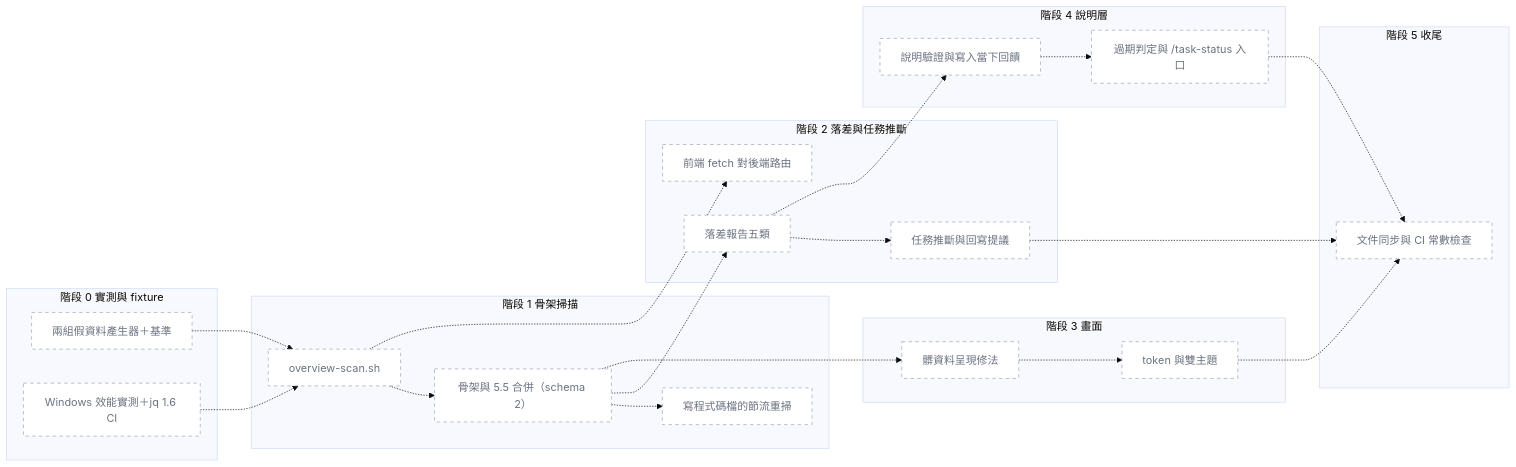
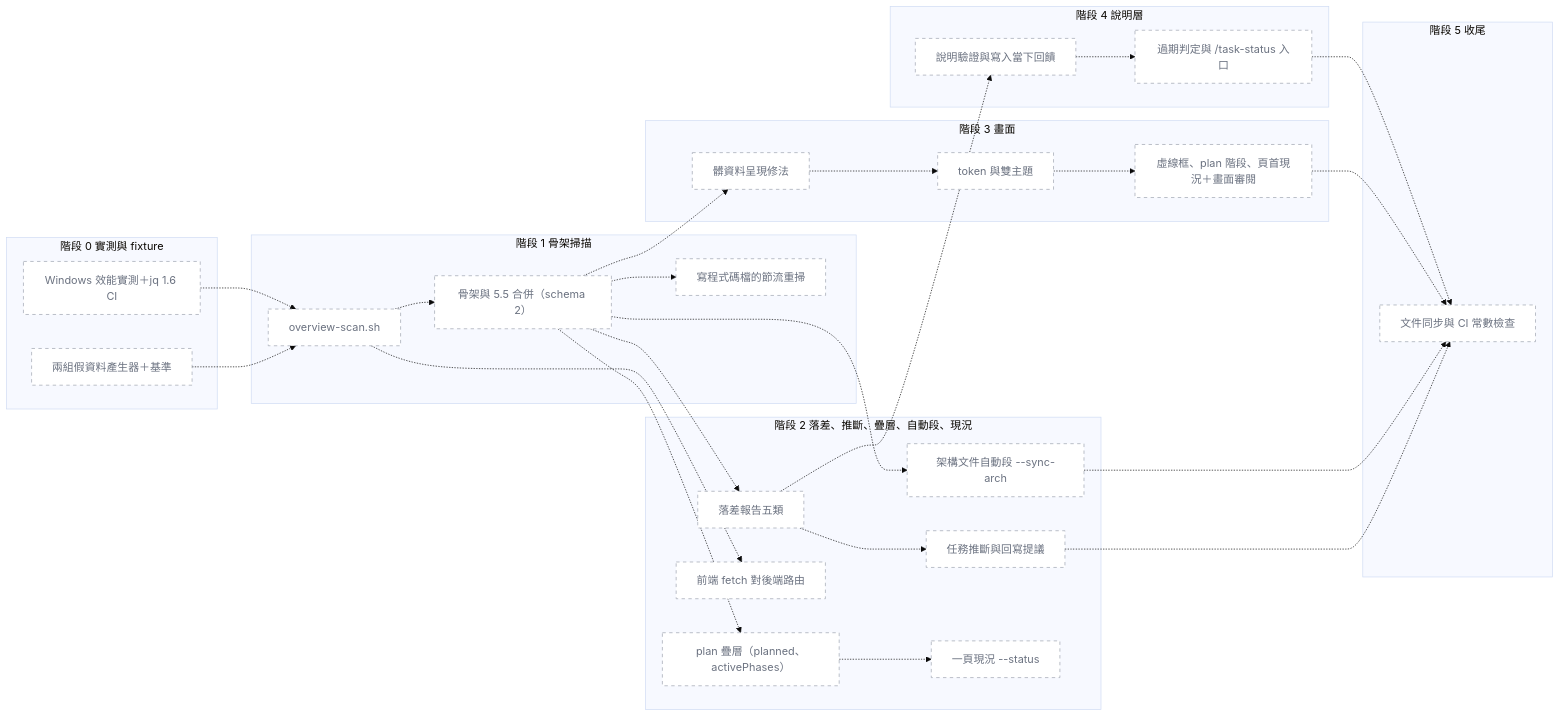
One commit to bheadwei/claude-GUNDAM-zh-tw changed the diagram in .claude/taskmaster-data/plans/adhoc-2026-11-05-overview-from-code.md. Above: the diagram before and after it, drawn with Mermaid (base theme). The commit also changed other lines of this file and 4 other files, not shown here.

First line of the commit message:
docs: 文件體系與專案地圖的實作計畫

````diff
--- a/.claude/taskmaster-data/plans/adhoc-2026-11-05-overview-from-code.md
+++ b/.claude/taskmaster-data/plans/adhoc-2026-11-05-overview-from-code.md
@@ -49,44 +58,53 @@
 ```mermaid
 flowchart LR
   classDef planned fill:#ffffff,stroke:#9ca3af,stroke-dasharray:5 5,color:#6b7280
   subgraph s0["階段 0 實測與 fixture"]
     p1["兩組假資料產生器＋基準"]
     p2["Windows 效能實測＋jq 1.6 CI"]
   end
   subgraph s1["階段 1 骨架掃描"]
     p3["overview-scan.sh"]
     p4["骨架與 5.5 合併（schema 2）"]
     p5["寫程式碼檔的節流重掃"]
   end
-  subgraph s2["階段 2 落差與任務推斷"]
+  subgraph s2["階段 2 落差、推斷、疊層、自動段、現況"]
     p6["落差報告五類"]
     p7["任務推斷與回寫提議"]
     p8["前端 fetch 對後端路由"]
+    p14["plan 疊層（planned、activePhases）"]
+    p15["架構文件自動段 --sync-arch"]
+    p16["一頁現況 --status"]
   end
   subgraph s3["階段 3 畫面"]
     p9["髒資料呈現修法"]
     p10["token 與雙主題"]
+    p17["虛線框、plan 階段、頁首現況＋畫面審閱"]
   end
   subgraph s4["階段 4 說明層"]
     p11["說明驗證與寫入當下回饋"]
     p12["過期判定與 /task-status 入口"]
   end
   subgraph s5["階段 5 收尾"]
     p13["文件同步與 CI 常數檢查"]
   end
   p1 -.-> p3
   p2 -.-> p3
   p3 -.-> p4
   p4 -.-> p5
   p4 -.-> p6
   p6 -.-> p7
   p3 -.-> p8
+  p4 -.-> p14
+  p4 -.-> p15
+  p14 -.-> p16
   p4 -.-> p9
   p9 -.-> p10
+  p10 -.-> p17
   p6 -.-> p11
   p11 -.-> p12
   p7 -.-> p13
-  p10 -.-> p13
+  p15 -.-> p13
+  p17 -.-> p13
   p12 -.-> p13
-  class p1,p2,p3,p4,p5,p6,p7,p8,p9,p10,p11,p12,p13 planned
+  class p1,p2,p3,p4,p5,p6,p7,p8,p9,p10,p11,p12,p13,p14,p15,p16,p17 planned
 ```
````
